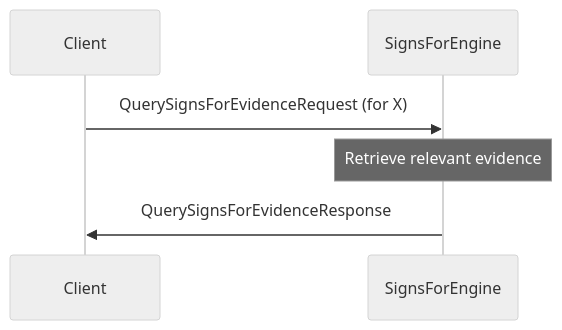
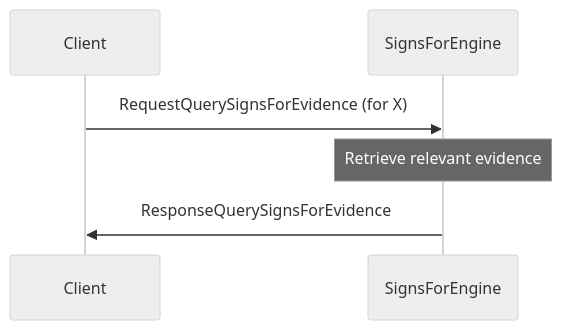
The third of 3 diagrams in docs/arch/node/engines/signs_for_messages.juvix.md (anoma/nspec), drawn with Mermaid (neutral theme) before and after one commit. The commit also changed other lines of this file and 7 other files, not shown here.

````diff
--- a/docs/arch/node/engines/signs_for_messages.juvix.md
+++ b/docs/arch/node/engines/signs_for_messages.juvix.md
@@ -189,9 +185,9 @@
 ```mermaid
 sequenceDiagram
     participant Client
     participant SignsForEngine
 
-    Client->>SignsForEngine: QuerySignsForEvidenceRequest (for X)
+    Client->>SignsForEngine: RequestQuerySignsForEvidence (for X)
     Note over SignsForEngine: Retrieve relevant evidence
-    SignsForEngine->>Client: QuerySignsForEvidenceResponse
+    SignsForEngine->>Client: ResponseQuerySignsForEvidence
 ```
````
